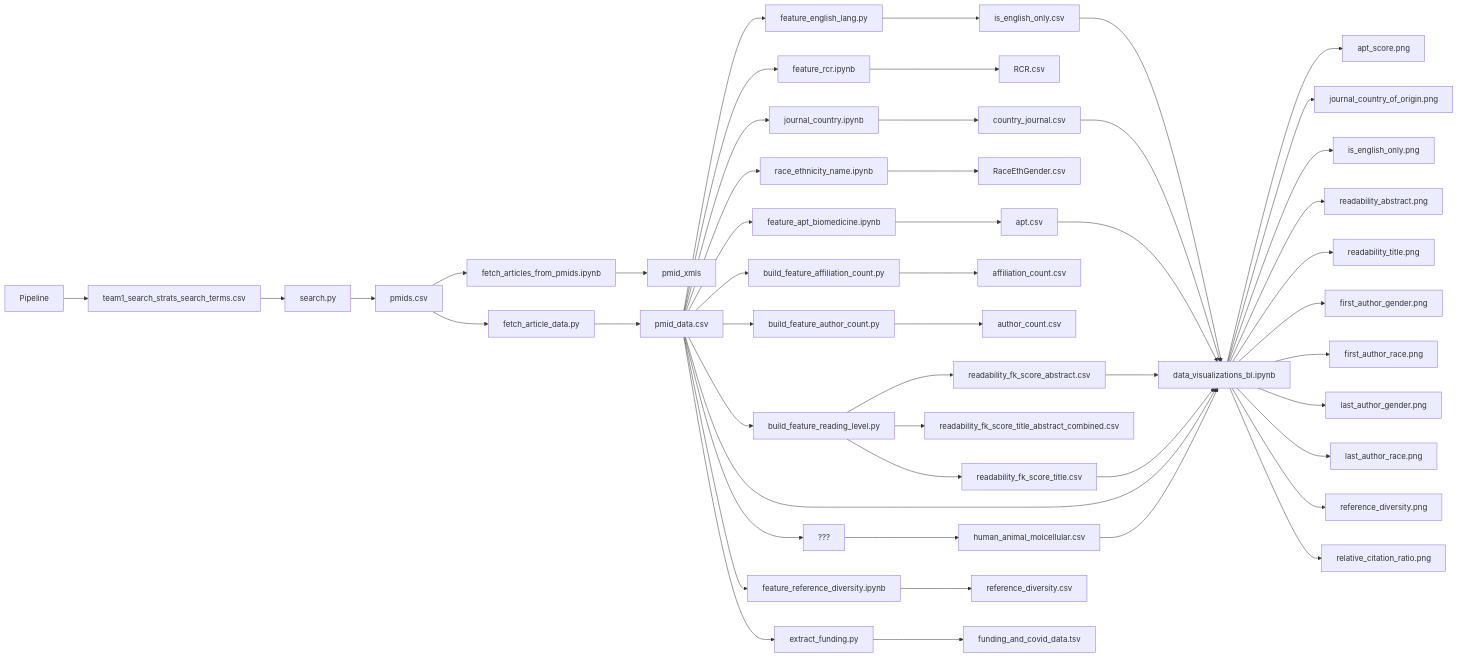
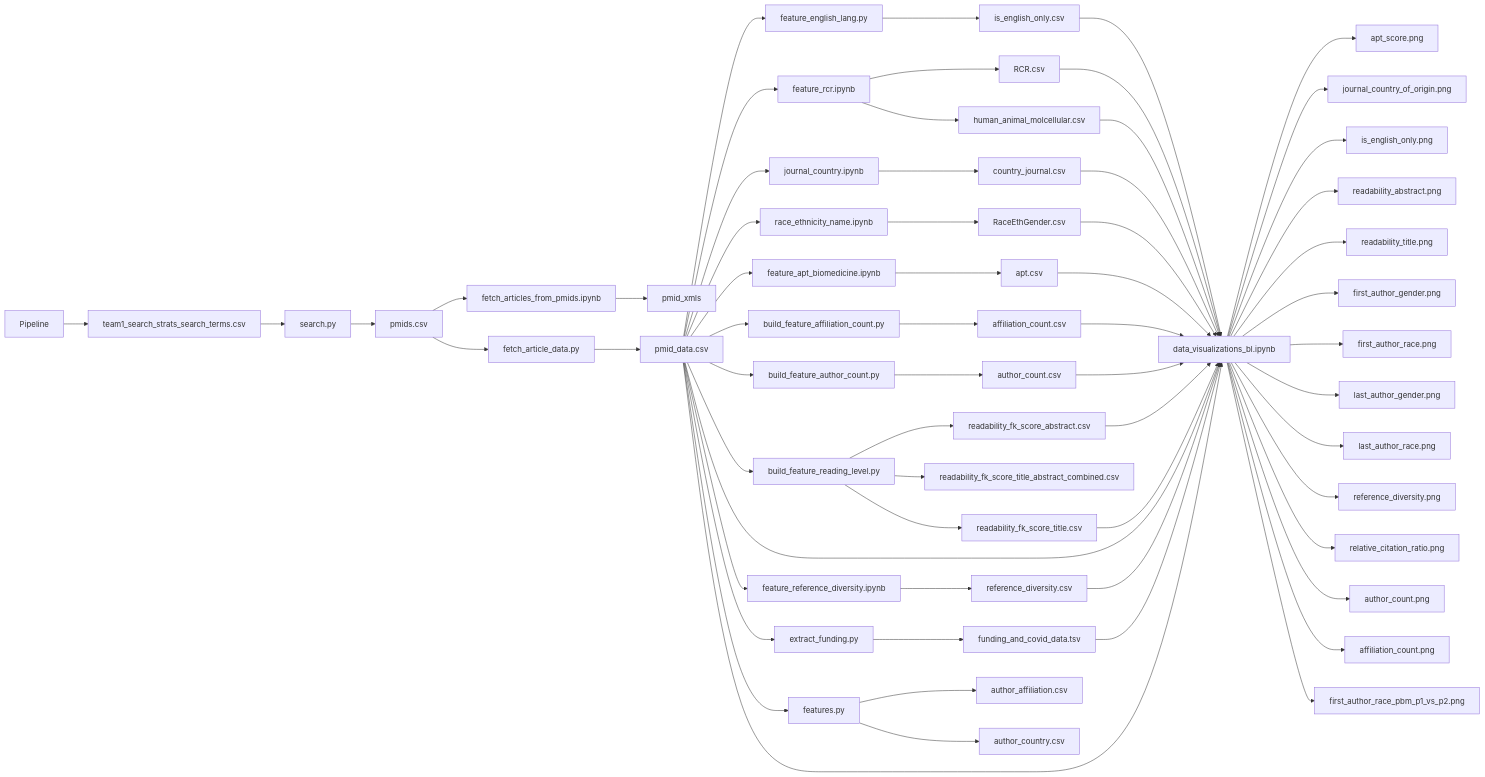
The diagram in README.md (NCBI-Codeathons/pubmed-codeathon-team1), drawn with Mermaid before and after one commit.

Commit message:
update pipeline graph

````diff
--- a/README.md
+++ b/README.md
@@ -61,52 +61,64 @@
 ```mermaid
     graph LR;
         Pipeline-->team1_search_strats_search_terms.csv;
         team1_search_strats_search_terms.csv-->search.py
         search.py-->pmids.csv
         pmids.csv-->fetch_articles_from_pmids.ipynb
         fetch_articles_from_pmids.ipynb-->pmid_xmls
         pmids.csv-->fetch_article_data.py
         fetch_article_data.py-->pmid_data.csv
         pmid_data.csv-->feature_english_lang.py
         feature_english_lang.py-->is_english_only.csv
         pmid_data.csv-->feature_rcr.ipynb
         feature_rcr.ipynb-->RCR.csv
         pmid_data.csv-->journal_country.ipynb
         journal_country.ipynb-->country_journal.csv
         pmid_data.csv-->race_ethnicity_name.ipynb
         race_ethnicity_name.ipynb-->RaceEthGender.csv
         pmid_data.csv-->feature_apt_biomedicine.ipynb
         feature_apt_biomedicine.ipynb-->apt.csv
         pmid_data.csv-->build_feature_affiliation_count.py
         build_feature_affiliation_count.py-->affiliation_count.csv
         pmid_data.csv-->build_feature_author_count.py
         build_feature_author_count.py-->author_count.csv
         pmid_data.csv-->build_feature_reading_level.py
         build_feature_reading_level.py-->readability_fk_score_abstract.csv
         build_feature_reading_level.py-->readability_fk_score_title_abstract_combined.csv
         build_feature_reading_level.py-->readability_fk_score_title.csv
         pmid_data.csv-->data_visualizations_bl.ipynb
         apt.csv-->data_visualizations_bl.ipynb
-        pmid_data.csv-->???
-        ???-->human_animal_molcellular.csv
+        feature_rcr.ipynb-->human_animal_molcellular.csv
         data_visualizations_bl.ipynb-->apt_score.png
         country_journal.csv-->data_visualizations_bl.ipynb
         data_visualizations_bl.ipynb-->journal_country_of_origin.png
         is_english_only.csv-->data_visualizations_bl.ipynb
         data_visualizations_bl.ipynb-->is_english_only.png
         human_animal_molcellular.csv-->data_visualizations_bl.ipynb
         readability_fk_score_abstract.csv-->data_visualizations_bl.ipynb
         data_visualizations_bl.ipynb-->readability_abstract.png
         readability_fk_score_title.csv-->data_visualizations_bl.ipynb
         data_visualizations_bl.ipynb-->readability_title.png
         pmid_data.csv-->feature_reference_diversity.ipynb
         feature_reference_diversity.ipynb-->reference_diversity.csv
         data_visualizations_bl.ipynb-->first_author_gender.png
         data_visualizations_bl.ipynb-->first_author_race.png
         data_visualizations_bl.ipynb-->last_author_gender.png
         data_visualizations_bl.ipynb-->last_author_race.png
         data_visualizations_bl.ipynb-->reference_diversity.png
         data_visualizations_bl.ipynb-->relative_citation_ratio.png
         pmid_data.csv-->extract_funding.py
         extract_funding.py-->funding_and_covid_data.tsv
+        pmid_data.csv-->features.py
+        features.py-->author_affiliation.csv
+        features.py-->author_country.csv
+        pmid_data.csv-->data_visualizations_bl.ipynb
+        RaceEthGender.csv-->data_visualizations_bl.ipynb
+        reference_diversity.csv-->data_visualizations_bl.ipynb
+        RCR.csv-->data_visualizations_bl.ipynb
+        author_count.csv-->data_visualizations_bl.ipynb
+        data_visualizations_bl.ipynb-->author_count.png
+        affiliation_count.csv-->data_visualizations_bl.ipynb
+        data_visualizations_bl.ipynb-->affiliation_count.png
+        funding_and_covid_data.tsv-->data_visualizations_bl.ipynb
+        data_visualizations_bl.ipynb-->first_author_race_pbm_p1_vs_p2.png
 ```
````
